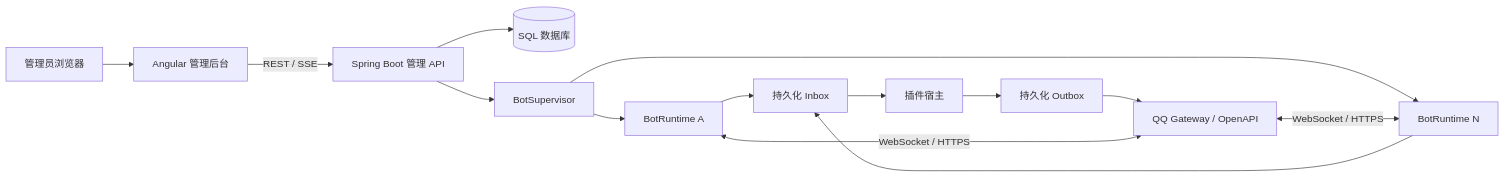
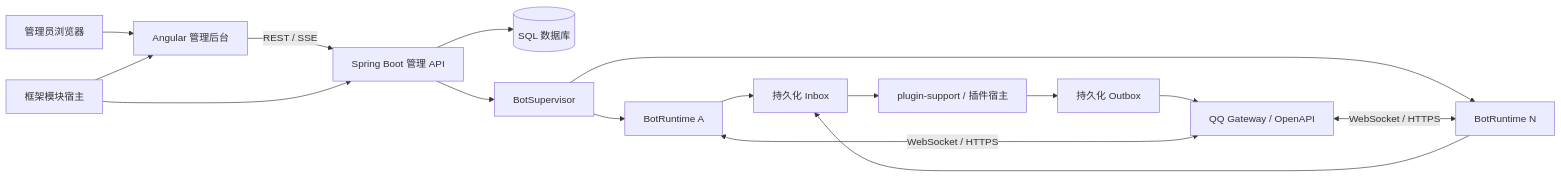
The diagram in REQUIREMENTS.md (alanqoq/miebot), drawn with Mermaid before and after one commit. The commit also changed other lines of this file and 361 other files, not shown here.

````diff
--- a/REQUIREMENTS.md
+++ b/REQUIREMENTS.md
@@ -73,19 +77,21 @@
 ```mermaid
 flowchart LR
     ADMIN["管理员浏览器"] --> WEB["Angular 管理后台"]
     WEB -->|REST / SSE| API["Spring Boot 管理 API"]
+    MODULE_HOST["框架模块宿主"] --> API
+    MODULE_HOST --> WEB
     API --> DB[("SQL 数据库")]
     API --> SUPERVISOR["BotSupervisor"]
 
     SUPERVISOR --> BOT_A["BotRuntime A"]
     SUPERVISOR --> BOT_N["BotRuntime N"]
 
     QQ["QQ Gateway / OpenAPI"] <-->|WebSocket / HTTPS| BOT_A
     QQ <-->|WebSocket / HTTPS| BOT_N
 
     BOT_A --> INBOX["持久化 Inbox"]
     BOT_N --> INBOX
-    INBOX --> HOST["插件宿主"]
-    HOST --> OUTBOX["持久化 Outbox"]
+    INBOX --> PLUGIN_SUPPORT["plugin-support / 插件宿主"]
+    PLUGIN_SUPPORT --> OUTBOX["持久化 Outbox"]
     OUTBOX --> QQ
 ```
````
